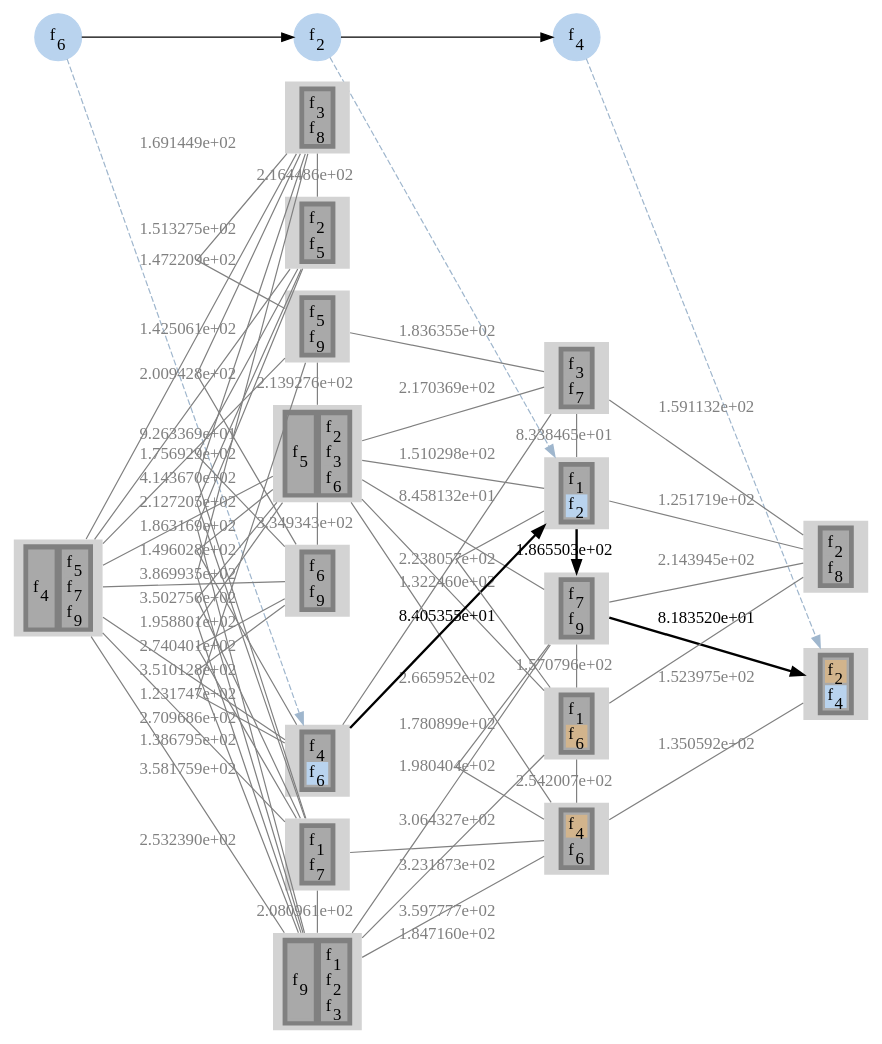
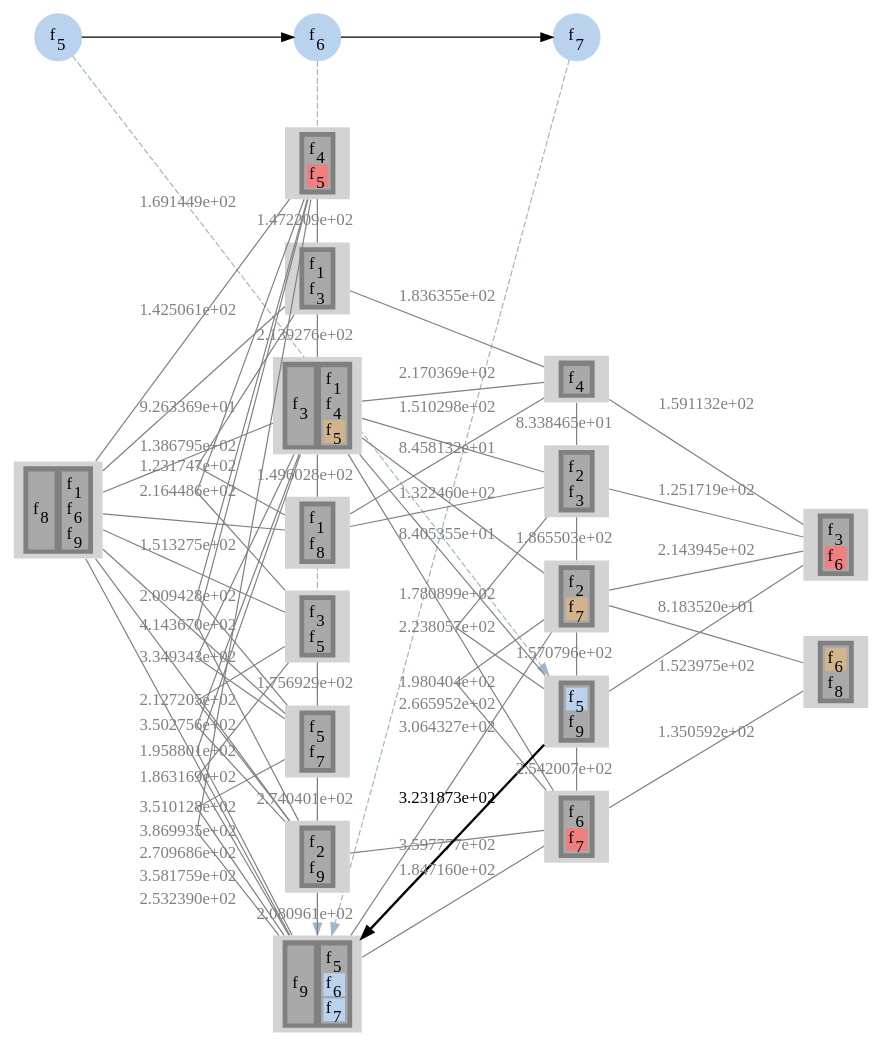
One commit to prateekshyap/SFC_Placement_in_VNF changed the diagram in output/newyork_16_49/gv/sfcAssgn9.gv. Above: the diagram before and after it, drawn with Graphviz. The commit also changed 15 other files, not shown here.

```diff
--- a/output/newyork_16_49/gv/sfcAssgn9.gv
+++ b/output/newyork_16_49/gv/sfcAssgn9.gv
@@ -5,14 +5,14 @@
 subgraph sfc
 {
 node [shape=circle]
+{rank = same; f5; };
 {rank = same; f6; };
-{rank = same; f2; };
-{rank = same; f4; };
+{rank = same; f7; };
+f5[style=filled label=<f<SUB>5</SUB>> color="slategray2"]
 f6[style=filled label=<f<SUB>6</SUB>> color="slategray2"]
-f2[style=filled label=<f<SUB>2</SUB>> color="slategray2"]
-f4[style=filled label=<f<SUB>4</SUB>> color="slategray2"]
-f6 -> f2
-f2 -> f4
+f7[style=filled label=<f<SUB>7</SUB>> color="slategray2"]
+f5 -> f6
+f6 -> f7
 }
 subgraph network
 {
@@ -21,14 +21,180 @@
 {rank = same; 2; 5; 6; 7; 8; 12; 13; 15; };
 {rank = same; 3; 4; 9; 10; 14; };
 {rank = same; 11; 16; };
+10[style=filled
+label=<
+<TABLE BORDER="0" BGCOLOR="gray">
+<TR>
+<TD>
+<TABLE BORDER="0" BGCOLOR="darkgray">
+<TR><TD PORT="f21" BGCOLOR="slategray2">f<SUB>5</SUB></TD></TR>
+<TR><TD PORT="f38" BGCOLOR="darkgray">f<SUB>9</SUB></TD></TR>
+</TABLE>
+</TD>
+</TR>
+</TABLE>>]
+
+15[style=filled
+label=<
+<TABLE BORDER="0" BGCOLOR="gray">
+<TR>
+<TD>
+<TABLE BORDER="0" BGCOLOR="darkgray">
+<TR><TD PORT="f35" BGCOLOR="darkgray">f<SUB>9</SUB></TD></TR>
+</TABLE>
+</TD>
+<TD>
+<TABLE BORDER="0" BGCOLOR="darkgray">
+<TR><TD PORT="f18" BGCOLOR="darkgray">f<SUB>5</SUB></TD></TR>
+<TR><TD PORT="f23" BGCOLOR="slategray2">f<SUB>6</SUB></TD></TR>
+<TR><TD PORT="f29" BGCOLOR="slategray2">f<SUB>7</SUB></TD></TR>
+</TABLE>
+</TD>
+</TR>
+</TABLE>>]
+
+15[style=filled
+label=<
+<TABLE BORDER="0" BGCOLOR="gray">
+<TR>
+<TD>
+<TABLE BORDER="0" BGCOLOR="darkgray">
+<TR><TD PORT="f35" BGCOLOR="darkgray">f<SUB>9</SUB></TD></TR>
+</TABLE>
+</TD>
+<TD>
+<TABLE BORDER="0" BGCOLOR="darkgray">
+<TR><TD PORT="f18" BGCOLOR="darkgray">f<SUB>5</SUB></TD></TR>
+<TR><TD PORT="f23" BGCOLOR="slategray2">f<SUB>6</SUB></TD></TR>
+<TR><TD PORT="f29" BGCOLOR="slategray2">f<SUB>7</SUB></TD></TR>
+</TABLE>
+</TD>
+</TR>
+</TABLE>>]
+
+1[style=filled
+label=<
+<TABLE BORDER="0" BGCOLOR="gray">
+<TR>
+<TD>
+<TABLE BORDER="0" BGCOLOR="darkgray">
+<TR><TD PORT="f32" BGCOLOR="darkgray">f<SUB>8</SUB></TD></TR>
+</TABLE>
+</TD>
+<TD>
+<TABLE BORDER="0" BGCOLOR="darkgray">
+<TR><TD PORT="f2" BGCOLOR="darkgray">f<SUB>1</SUB></TD></TR>
+<TR><TD PORT="f26" BGCOLOR="darkgray">f<SUB>6</SUB></TD></TR>
+<TR><TD PORT="f36" BGCOLOR="darkgray">f<SUB>9</SUB></TD></TR>
+</TABLE>
+</TD>
+</TR>
+</TABLE>>]
+
+2[style=filled
+label=<
+<TABLE BORDER="0" BGCOLOR="gray">
+<TR>
+<TD>
+<TABLE BORDER="0" BGCOLOR="darkgray">
+<TR><TD PORT="f14" BGCOLOR="darkgray">f<SUB>4</SUB></TD></TR>
+<TR><TD PORT="f19" BGCOLOR="lightcoral">f<SUB>5</SUB></TD></TR>
+</TABLE>
+</TD>
+</TR>
+</TABLE>>]
+
+5[style=filled
+label=<
+<TABLE BORDER="0" BGCOLOR="gray">
+<TR>
+<TD>
+<TABLE BORDER="0" BGCOLOR="darkgray">
+<TR><TD PORT="f11" BGCOLOR="darkgray">f<SUB>3</SUB></TD></TR>
+<TR><TD PORT="f20" BGCOLOR="darkgray">f<SUB>5</SUB></TD></TR>
+</TABLE>
+</TD>
+</TR>
+</TABLE>>]
+
+6[style=filled
+label=<
+<TABLE BORDER="0" BGCOLOR="gray">
+<TR>
+<TD>
+<TABLE BORDER="0" BGCOLOR="darkgray">
+<TR><TD PORT="f4" BGCOLOR="darkgray">f<SUB>1</SUB></TD></TR>
+<TR><TD PORT="f12" BGCOLOR="darkgray">f<SUB>3</SUB></TD></TR>
+</TABLE>
+</TD>
+</TR>
+</TABLE>>]
+
+7[style=filled
+label=<
+<TABLE BORDER="0" BGCOLOR="gray">
+<TR>
+<TD>
+<TABLE BORDER="0" BGCOLOR="darkgray">
+<TR><TD PORT="f8" BGCOLOR="darkgray">f<SUB>3</SUB></TD></TR>
+</TABLE>
+</TD>
+<TD>
+<TABLE BORDER="0" BGCOLOR="darkgray">
+<TR><TD PORT="f1" BGCOLOR="darkgray">f<SUB>1</SUB></TD></TR>
+<TR><TD PORT="f13" BGCOLOR="darkgray">f<SUB>4</SUB></TD></TR>
+<TR><TD PORT="f17" BGCOLOR="tan">f<SUB>5</SUB></TD></TR>
+</TABLE>
+</TD>
+</TR>
+</TABLE>>]
+
 8[style=filled
 label=<
 <TABLE BORDER="0" BGCOLOR="gray">
 <TR>
 <TD>
 <TABLE BORDER="0" BGCOLOR="darkgray">
+<TR><TD PORT="f3" BGCOLOR="darkgray">f<SUB>1</SUB></TD></TR>
+<TR><TD PORT="f34" BGCOLOR="darkgray">f<SUB>8</SUB></TD></TR>
+</TABLE>
+</TD>
+</TR>
+</TABLE>>]
+
+12[style=filled
+label=<
+<TABLE BORDER="0" BGCOLOR="gray">
+<TR>
+<TD>
+<TABLE BORDER="0" BGCOLOR="darkgray">
+<TR><TD PORT="f22" BGCOLOR="darkgray">f<SUB>5</SUB></TD></TR>
+<TR><TD PORT="f31" BGCOLOR="darkgray">f<SUB>7</SUB></TD></TR>
+</TABLE>
+</TD>
+</TR>
+</TABLE>>]
+
+13[style=filled
+label=<
+<TABLE BORDER="0" BGCOLOR="gray">
+<TR>
+<TD>
+<TABLE BORDER="0" BGCOLOR="darkgray">
+<TR><TD PORT="f7" BGCOLOR="darkgray">f<SUB>2</SUB></TD></TR>
+<TR><TD PORT="f37" BGCOLOR="darkgray">f<SUB>9</SUB></TD></TR>
+</TABLE>
+</TD>
+</TR>
+</TABLE>>]
+
+3[style=filled
+label=<
+<TABLE BORDER="0" BGCOLOR="gray">
+<TR>
+<TD>
+<TABLE BORDER="0" BGCOLOR="darkgray">
 <TR><TD PORT="f15" BGCOLOR="darkgray">f<SUB>4</SUB></TD></TR>
-<TR><TD PORT="f23" BGCOLOR="slategray2">f<SUB>6</SUB></TD></TR>
 </TABLE>
 </TD>
 </TR>
@@ -40,21 +206,47 @@
 <TR>
 <TD>
 <TABLE BORDER="0" BGCOLOR="darkgray">
-<TR><TD PORT="f1" BGCOLOR="darkgray">f<SUB>1</SUB></TD></TR>
-<TR><TD PORT="f5" BGCOLOR="slategray2">f<SUB>2</SUB></TD></TR>
+<TR><TD PORT="f6" BGCOLOR="darkgray">f<SUB>2</SUB></TD></TR>
+<TR><TD PORT="f10" BGCOLOR="darkgray">f<SUB>3</SUB></TD></TR>
 </TABLE>
 </TD>
 </TR>
 </TABLE>>]
 
-4[style=filled
+11[style=filled
 label=<
 <TABLE BORDER="0" BGCOLOR="gray">
 <TR>
 <TD>
 <TABLE BORDER="0" BGCOLOR="darkgray">
-<TR><TD PORT="f1" BGCOLOR="darkgray">f<SUB>1</SUB></TD></TR>
-<TR><TD PORT="f5" BGCOLOR="slategray2">f<SUB>2</SUB></TD></TR>
+<TR><TD PORT="f9" BGCOLOR="darkgray">f<SUB>3</SUB></TD></TR>
+<TR><TD PORT="f24" BGCOLOR="lightcoral">f<SUB>6</SUB></TD></TR>
+</TABLE>
+</TD>
+</TR>
+</TABLE>>]
+
+9[style=filled
+label=<
+<TABLE BORDER="0" BGCOLOR="gray">
+<TR>
+<TD>
+<TABLE BORDER="0" BGCOLOR="darkgray">
+<TR><TD PORT="f5" BGCOLOR="darkgray">f<SUB>2</SUB></TD></TR>
+<TR><TD PORT="f28" BGCOLOR="tan">f<SUB>7</SUB></TD></TR>
+</TABLE>
+</TD>
+</TR>
+</TABLE>>]
+
+14[style=filled
+label=<
+<TABLE BORDER="0" BGCOLOR="gray">
+<TR>
+<TD>
+<TABLE BORDER="0" BGCOLOR="darkgray">
+<TR><TD PORT="f27" BGCOLOR="darkgray">f<SUB>6</SUB></TD></TR>
+<TR><TD PORT="f30" BGCOLOR="lightcoral">f<SUB>7</SUB></TD></TR>
 </TABLE>
 </TD>
 </TR>
@@ -66,203 +258,14 @@
 <TR>
 <TD>
 <TABLE BORDER="0" BGCOLOR="darkgray">
-<TR><TD PORT="f6" BGCOLOR="tan">f<SUB>2</SUB></TD></TR>
-<TR><TD PORT="f18" BGCOLOR="slategray2">f<SUB>4</SUB></TD></TR>
-</TABLE>
-</TD>
-</TR>
-</TABLE>>]
-
-1[style=filled
-label=<
-<TABLE BORDER="0" BGCOLOR="gray">
-<TR>
-<TD>
-<TABLE BORDER="0" BGCOLOR="darkgray">
-<TR><TD PORT="f17" BGCOLOR="darkgray">f<SUB>4</SUB></TD></TR>
-</TABLE>
-</TD>
-<TD>
-<TABLE BORDER="0" BGCOLOR="darkgray">
-<TR><TD PORT="f22" BGCOLOR="darkgray">f<SUB>5</SUB></TD></TR>
-<TR><TD PORT="f30" BGCOLOR="darkgray">f<SUB>7</SUB></TD></TR>
-<TR><TD PORT="f35" BGCOLOR="darkgray">f<SUB>9</SUB></TD></TR>
-</TABLE>
-</TD>
-</TR>
-</TABLE>>]
-
-2[style=filled
-label=<
-<TABLE BORDER="0" BGCOLOR="gray">
-<TR>
-<TD>
-<TABLE BORDER="0" BGCOLOR="darkgray">
-<TR><TD PORT="f13" BGCOLOR="darkgray">f<SUB>3</SUB></TD></TR>
-<TR><TD PORT="f32" BGCOLOR="darkgray">f<SUB>8</SUB></TD></TR>
-</TABLE>
-</TD>
-</TR>
-</TABLE>>]
-
-5[style=filled
-label=<
-<TABLE BORDER="0" BGCOLOR="gray">
-<TR>
-<TD>
-<TABLE BORDER="0" BGCOLOR="darkgray">
-<TR><TD PORT="f8" BGCOLOR="darkgray">f<SUB>2</SUB></TD></TR>
-<TR><TD PORT="f21" BGCOLOR="darkgray">f<SUB>5</SUB></TD></TR>
-</TABLE>
-</TD>
-</TR>
-</TABLE>>]
-
-6[style=filled
-label=<
-<TABLE BORDER="0" BGCOLOR="gray">
-<TR>
-<TD>
-<TABLE BORDER="0" BGCOLOR="darkgray">
-<TR><TD PORT="f20" BGCOLOR="darkgray">f<SUB>5</SUB></TD></TR>
-<TR><TD PORT="f38" BGCOLOR="darkgray">f<SUB>9</SUB></TD></TR>
-</TABLE>
-</TD>
-</TR>
-</TABLE>>]
-
-7[style=filled
-label=<
-<TABLE BORDER="0" BGCOLOR="gray">
-<TR>
-<TD>
-<TABLE BORDER="0" BGCOLOR="darkgray">
-<TR><TD PORT="f19" BGCOLOR="darkgray">f<SUB>5</SUB></TD></TR>
-</TABLE>
-</TD>
-<TD>
-<TABLE BORDER="0" BGCOLOR="darkgray">
-<TR><TD PORT="f9" BGCOLOR="darkgray">f<SUB>2</SUB></TD></TR>
-<TR><TD PORT="f12" BGCOLOR="darkgray">f<SUB>3</SUB></TD></TR>
-<TR><TD PORT="f24" BGCOLOR="darkgray">f<SUB>6</SUB></TD></TR>
-</TABLE>
-</TD>
-</TR>
-</TABLE>>]
-
-12[style=filled
-label=<
-<TABLE BORDER="0" BGCOLOR="gray">
-<TR>
-<TD>
-<TABLE BORDER="0" BGCOLOR="darkgray">
-<TR><TD PORT="f27" BGCOLOR="darkgray">f<SUB>6</SUB></TD></TR>
-<TR><TD PORT="f37" BGCOLOR="darkgray">f<SUB>9</SUB></TD></TR>
-</TABLE>
-</TD>
-</TR>
-</TABLE>>]
-
-13[style=filled
-label=<
-<TABLE BORDER="0" BGCOLOR="gray">
-<TR>
-<TD>
-<TABLE BORDER="0" BGCOLOR="darkgray">
-<TR><TD PORT="f3" BGCOLOR="darkgray">f<SUB>1</SUB></TD></TR>
-<TR><TD PORT="f29" BGCOLOR="darkgray">f<SUB>7</SUB></TD></TR>
-</TABLE>
-</TD>
-</TR>
-</TABLE>>]
-
-15[style=filled
-label=<
-<TABLE BORDER="0" BGCOLOR="gray">
-<TR>
-<TD>
-<TABLE BORDER="0" BGCOLOR="darkgray">
-<TR><TD PORT="f34" BGCOLOR="darkgray">f<SUB>9</SUB></TD></TR>
-</TABLE>
-</TD>
-<TD>
-<TABLE BORDER="0" BGCOLOR="darkgray">
-<TR><TD PORT="f4" BGCOLOR="darkgray">f<SUB>1</SUB></TD></TR>
-<TR><TD PORT="f7" BGCOLOR="darkgray">f<SUB>2</SUB></TD></TR>
-<TR><TD PORT="f14" BGCOLOR="darkgray">f<SUB>3</SUB></TD></TR>
-</TABLE>
-</TD>
-</TR>
-</TABLE>>]
-
-3[style=filled
-label=<
-<TABLE BORDER="0" BGCOLOR="gray">
-<TR>
-<TD>
-<TABLE BORDER="0" BGCOLOR="darkgray">
-<TR><TD PORT="f11" BGCOLOR="darkgray">f<SUB>3</SUB></TD></TR>
-<TR><TD PORT="f28" BGCOLOR="darkgray">f<SUB>7</SUB></TD></TR>
-</TABLE>
-</TD>
-</TR>
-</TABLE>>]
-
-11[style=filled
-label=<
-<TABLE BORDER="0" BGCOLOR="gray">
-<TR>
-<TD>
-<TABLE BORDER="0" BGCOLOR="darkgray">
-<TR><TD PORT="f10" BGCOLOR="darkgray">f<SUB>2</SUB></TD></TR>
+<TR><TD PORT="f25" BGCOLOR="tan">f<SUB>6</SUB></TD></TR>
 <TR><TD PORT="f33" BGCOLOR="darkgray">f<SUB>8</SUB></TD></TR>
 </TABLE>
 </TD>
 </TR>
 </TABLE>>]
 
-9[style=filled
-label=<
-<TABLE BORDER="0" BGCOLOR="gray">
-<TR>
-<TD>
-<TABLE BORDER="0" BGCOLOR="darkgray">
-<TR><TD PORT="f31" BGCOLOR="darkgray">f<SUB>7</SUB></TD></TR>
-<TR><TD PORT="f36" BGCOLOR="darkgray">f<SUB>9</SUB></TD></TR>
-</TABLE>
-</TD>
-</TR>
-</TABLE>>]
-
-10[style=filled
-label=<
-<TABLE BORDER="0" BGCOLOR="gray">
-<TR>
-<TD>
-<TABLE BORDER="0" BGCOLOR="darkgray">
-<TR><TD PORT="f2" BGCOLOR="darkgray">f<SUB>1</SUB></TD></TR>
-<TR><TD PORT="f25" BGCOLOR="tan">f<SUB>6</SUB></TD></TR>
-</TABLE>
-</TD>
-</TR>
-</TABLE>>]
-
-14[style=filled
-label=<
-<TABLE BORDER="0" BGCOLOR="gray">
-<TR>
-<TD>
-<TABLE BORDER="0" BGCOLOR="darkgray">
-<TR><TD PORT="f16" BGCOLOR="tan">f<SUB>4</SUB></TD></TR>
-<TR><TD PORT="f26" BGCOLOR="darkgray">f<SUB>6</SUB></TD></TR>
-</TABLE>
-</TD>
-</TR>
-</TABLE>>]
-
-8 -> 4[label="8.405355e+01" color="black" penwidth=2]
-4 -> 9[label="1.865503e+02" color="black" penwidth=2]
-9 -> 16[label="8.183520e+01" color="black" penwidth=2]
+10 -> 15[label="3.231873e+02" color="black" penwidth=2]
 1 -> 2[label="1.691449e+02" color="gray" fontcolor="gray" dir = none]
 1 -> 5[label="1.513275e+02" color="gray" fontcolor="gray" dir = none]
 1 -> 6[label="1.425061e+02" color="gray" fontcolor="gray" dir = none]
@@ -282,6 +285,8 @@
 3 -> 8[label="8.458132e+01" color="gray" fontcolor="gray" dir = none]
 3 -> 11[label="1.591132e+02" color="gray" fontcolor="gray" dir = none]
 4 -> 7[label="1.510298e+02" color="gray" fontcolor="gray" dir = none]
+4 -> 8[label="8.405355e+01" color="gray" fontcolor="gray" dir = none]
+4 -> 9[label="1.865503e+02" color="gray" fontcolor="gray" dir = none]
 4 -> 10[label="2.238057e+02" color="gray" fontcolor="gray" dir = none]
 4 -> 11[label="1.251719e+02" color="gray" fontcolor="gray" dir = none]
 5 -> 12[label="1.756929e+02" color="gray" fontcolor="gray" dir = none]
@@ -300,9 +305,9 @@
 9 -> 11[label="2.143945e+02" color="gray" fontcolor="gray" dir = none]
 9 -> 14[label="1.980404e+02" color="gray" fontcolor="gray" dir = none]
 9 -> 15[label="1.780899e+02" color="gray" fontcolor="gray" dir = none]
+9 -> 16[label="8.183520e+01" color="gray" fontcolor="gray" dir = none]
 10 -> 11[label="1.523975e+02" color="gray" fontcolor="gray" dir = none]
 10 -> 14[label="2.542007e+02" color="gray" fontcolor="gray" dir = none]
-10 -> 15[label="3.231873e+02" color="gray" fontcolor="gray" dir = none]
 12 -> 13[label="2.740401e+02" color="gray" fontcolor="gray" dir = none]
 12 -> 15[label="3.510128e+02" color="gray" fontcolor="gray" dir = none]
 13 -> 14[label="3.597777e+02" color="gray" fontcolor="gray" dir = none]
@@ -311,7 +316,7 @@
 14 -> 16[label="1.350592e+02" color="gray" fontcolor="gray" dir = none]
 }
 splines=false
-f6 -> 8[color="slategray3" style=dashed constraint=false]
-f2 -> 4[color="slategray3" style=dashed constraint=false]
-f4 -> 16[color="slategray3" style=dashed constraint=false]
+f5 -> 10[color="slategray3" style=dashed constraint=false]
+f6 -> 15[color="slategray3" style=dashed constraint=false]
+f7 -> 15[color="slategray3" style=dashed constraint=false]
 }
```
